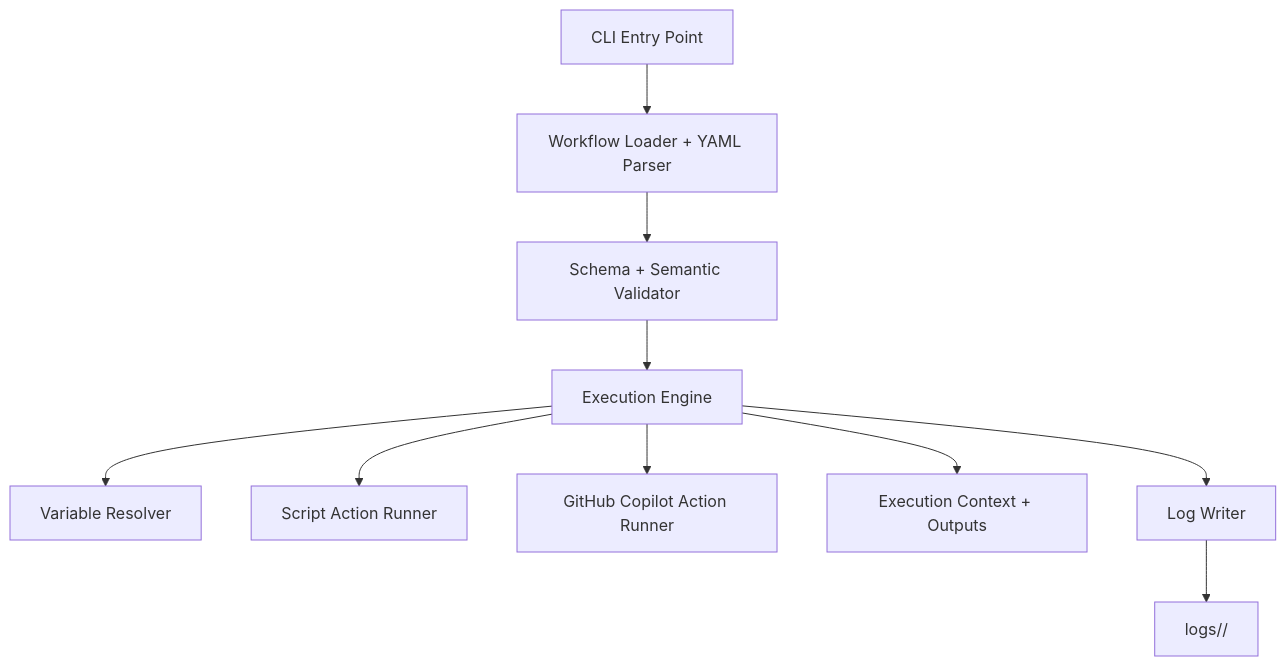
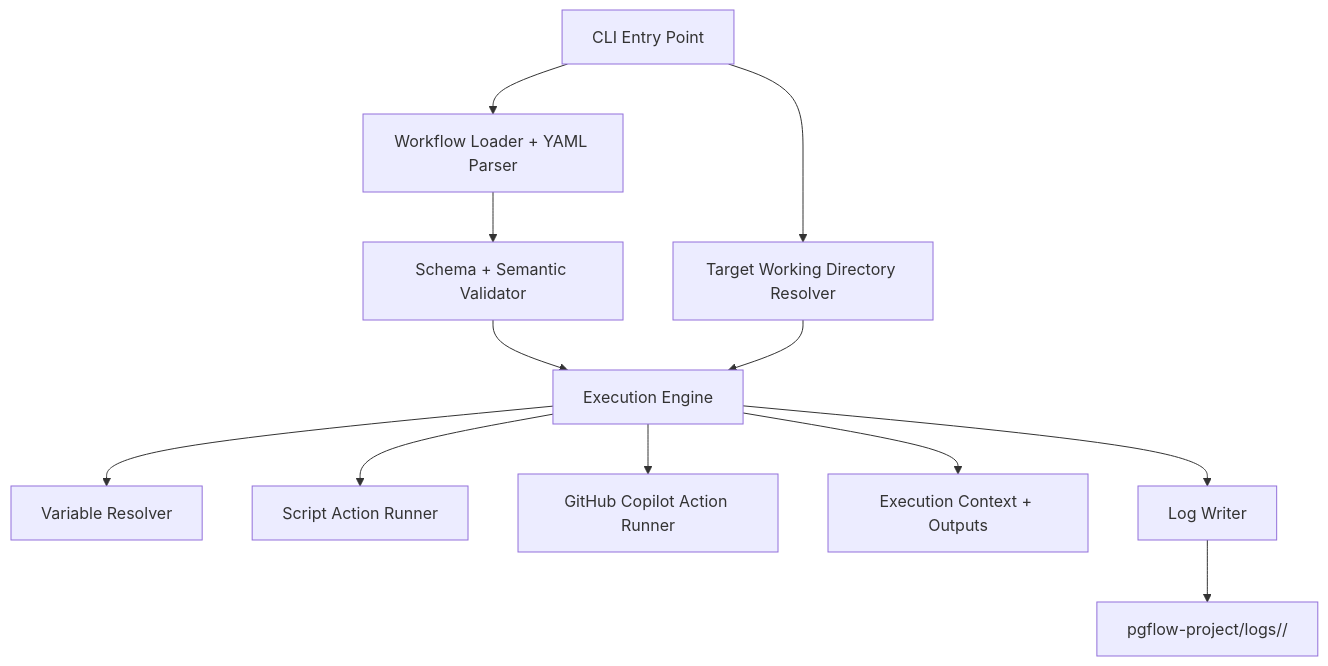
The diagram in PLAN.md (powergentic/pgflow), drawn with Mermaid before and after one commit. The commit also changed other lines of this file and 19 other files, not shown here.

Commit message:
differentiate target folder and project folder

````diff
--- a/PLAN.md
+++ b/PLAN.md
@@ -84,12 +95,14 @@
 ```mermaid
 flowchart TD
     CLI[CLI Entry Point] --> Config[Workflow Loader + YAML Parser]
+    CLI --> Target[Target Working Directory Resolver]
     Config --> Validator[Schema + Semantic Validator]
     Validator --> Runtime[Execution Engine]
+    Target --> Runtime
     Runtime --> Vars[Variable Resolver]
     Runtime --> Script[Script Action Runner]
     Runtime --> Copilot[GitHub Copilot Action Runner]
     Runtime --> Context[Execution Context + Outputs]
     Runtime --> Logs[Log Writer]
-    Logs --> Files[logs/<run-id>/]
+    Logs --> Files[pgflow-project/logs/<run-id>/]
 ```
````
